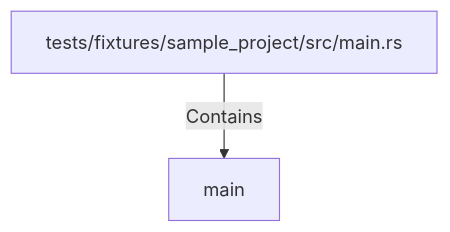
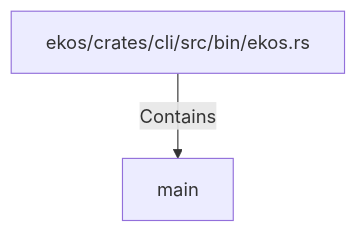
One commit to alexeyban/EKOS changed the diagram in doc/entities/rustsymbol/ma/main.md. Above: the diagram before and after it, drawn with Mermaid. The commit also changed other lines of this file and 552 other files, not shown here.

First line of the commit message:
docs: exclude test/demo fixtures from EKOS's own curated docs; regenerate Databricks + ADF docs with RFC 0042 tooling

````diff
--- a/doc/entities/rustsymbol/ma/main.md
+++ b/doc/entities/rustsymbol/ma/main.md
@@ -17,6 +17,6 @@
 ```mermaid
 graph TD
-    n3c810ddd4e995570908e1539c89a095e["main"]
-    n72f0c957ba39539dac75d1ee912d9e09["tests/fixtures/sample_project/src/main.rs"]
-    n72f0c957ba39539dac75d1ee912d9e09 -->|Contains| n3c810ddd4e995570908e1539c89a095e
+    ncaa3d7b448d95a7296fc7ec4276eb3cc["main"]
+    n67ea4c4e5e035c3a8066adf7aaed8a3e["ekos/crates/cli/src/bin/ekos.rs"]
+    n67ea4c4e5e035c3a8066adf7aaed8a3e -->|Contains| ncaa3d7b448d95a7296fc7ec4276eb3cc
 ```
````
